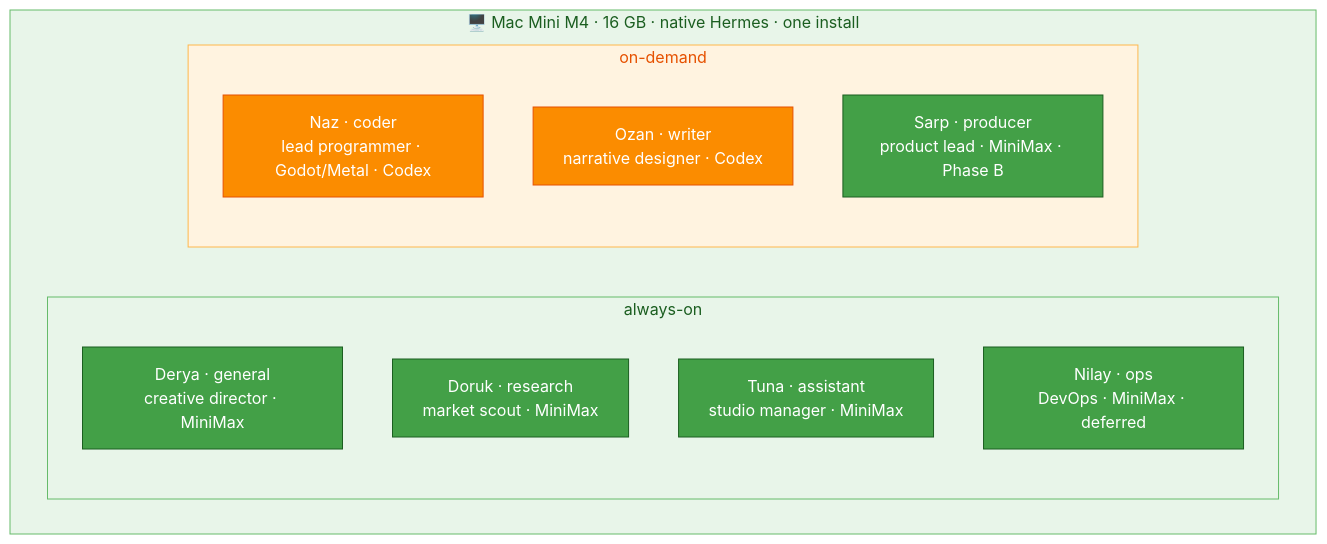
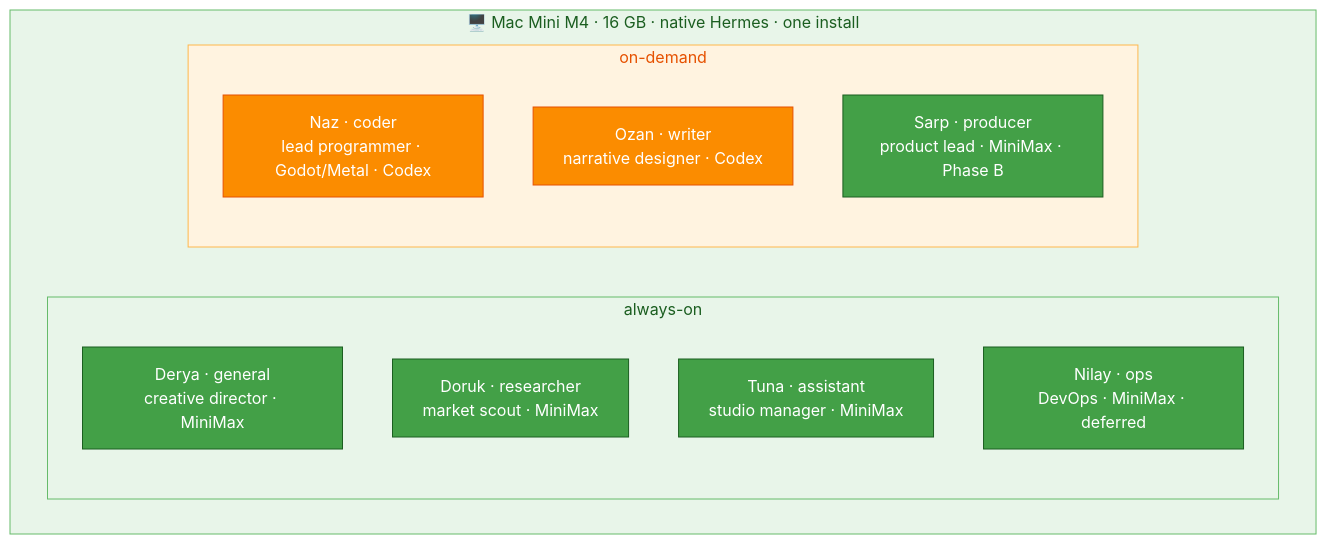
The diagram in docs/02-agents.md (mpolatcan/hermes-setup), drawn with Mermaid before and after one commit. The commit also changed other lines of this file and 14 other files, not shown here.

First line of the commit message:
refactor: rename slug research -> researcher

````diff
--- a/docs/02-agents.md
+++ b/docs/02-agents.md
@@ -7,21 +7,21 @@
 ```mermaid
 flowchart TB
     subgraph Mini["🖥️ Mac Mini M4 · 16 GB · native Hermes · one install"]
         subgraph always["always-on"]
             general["Derya · general<br/>creative director · MiniMax"]:::mini
-            research["Doruk · research<br/>market scout · MiniMax"]:::mini
+            researcher["Doruk · researcher<br/>market scout · MiniMax"]:::mini
             assistant["Tuna · assistant<br/>studio manager · MiniMax"]:::mini
             ops["Nilay · ops<br/>DevOps · MiniMax · deferred"]:::mini
         end
         subgraph demand["on-demand"]
             coder["Naz · coder<br/>lead programmer · Godot/Metal · Codex"]:::codex
             writer["Ozan · writer<br/>narrative designer · Codex"]:::codex
             producer["Sarp · producer<br/>product lead · MiniMax · Phase B"]:::mini
         end
     end
     classDef mini fill:#43A047,stroke:#1B5E20,color:#fff
     classDef codex fill:#FB8C00,stroke:#E65100,color:#fff
     style Mini fill:#E8F5E9,stroke:#66BB6A,color:#1B5E20
     style always fill:#E8F5E9,stroke:#66BB6A,color:#1B5E20
     style demand fill:#FFF3E0,stroke:#FFB74D,color:#E65100
 ```
````
